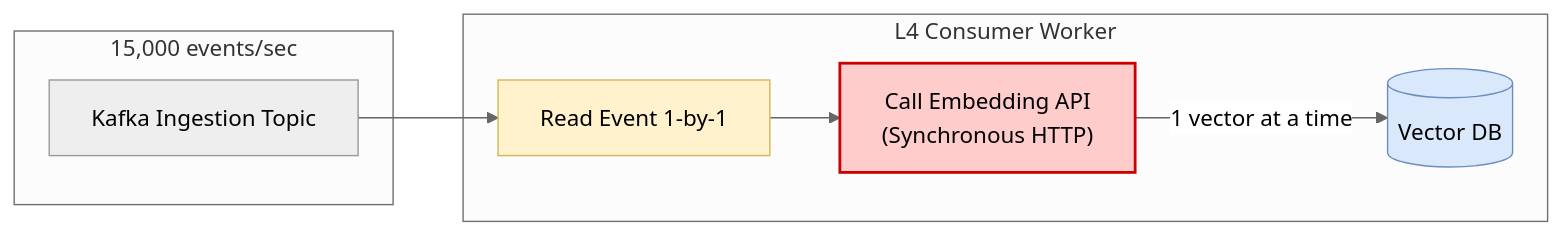
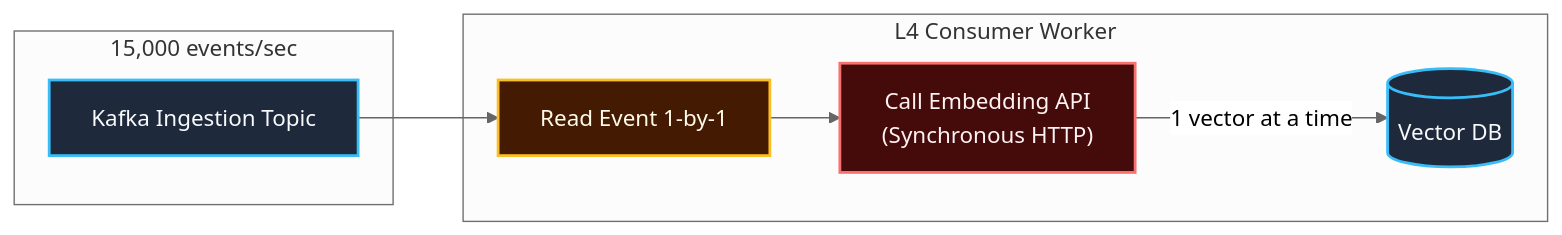
Before and after one commit to toanbui626391/data_ai_engineer: the first of 3 diagrams in questions/05_leveling_deep_dive_ingestion_pipeline.md, drawn with Mermaid (neutral theme). The commit also changed other lines of this file and 1 other file, not shown here.

````diff
--- a/questions/05_leveling_deep_dive_ingestion_pipeline.md
+++ b/questions/05_leveling_deep_dive_ingestion_pipeline.md
@@ -21,20 +21,21 @@
 ```mermaid
 flowchart LR
     subgraph Sources ["15,000 events/sec"]
         K["Kafka Ingestion Topic"]
     end
 
     subgraph L4_Worker ["L4 Consumer Worker"]
         C["Read Event 1-by-1"]
         API["Call Embedding API<br/>(Synchronous HTTP)"]
         VDB[("Vector DB")]
 
         K --> C
         C --> API
         API -->|"1 vector at a time"| VDB
     end
 
-    style API fill:#ffcccc,stroke:#cc0000,stroke-width:2px
-    style C fill:#fff2cc,stroke:#d6b656,stroke-width:1px
-    style VDB fill:#dae8fc,stroke:#6c8ebf,stroke-width:1px
+    style K fill:#1e293b,stroke:#38bdf8,stroke-width:2px,color:#f8fafc
+    style C fill:#451a03,stroke:#fbbf24,stroke-width:2px,color:#fffbeb
+    style API fill:#450a0a,stroke:#f87171,stroke-width:2px,color:#fef2f2
+    style VDB fill:#1e293b,stroke:#38bdf8,stroke-width:2px,color:#f8fafc
 ```
````
